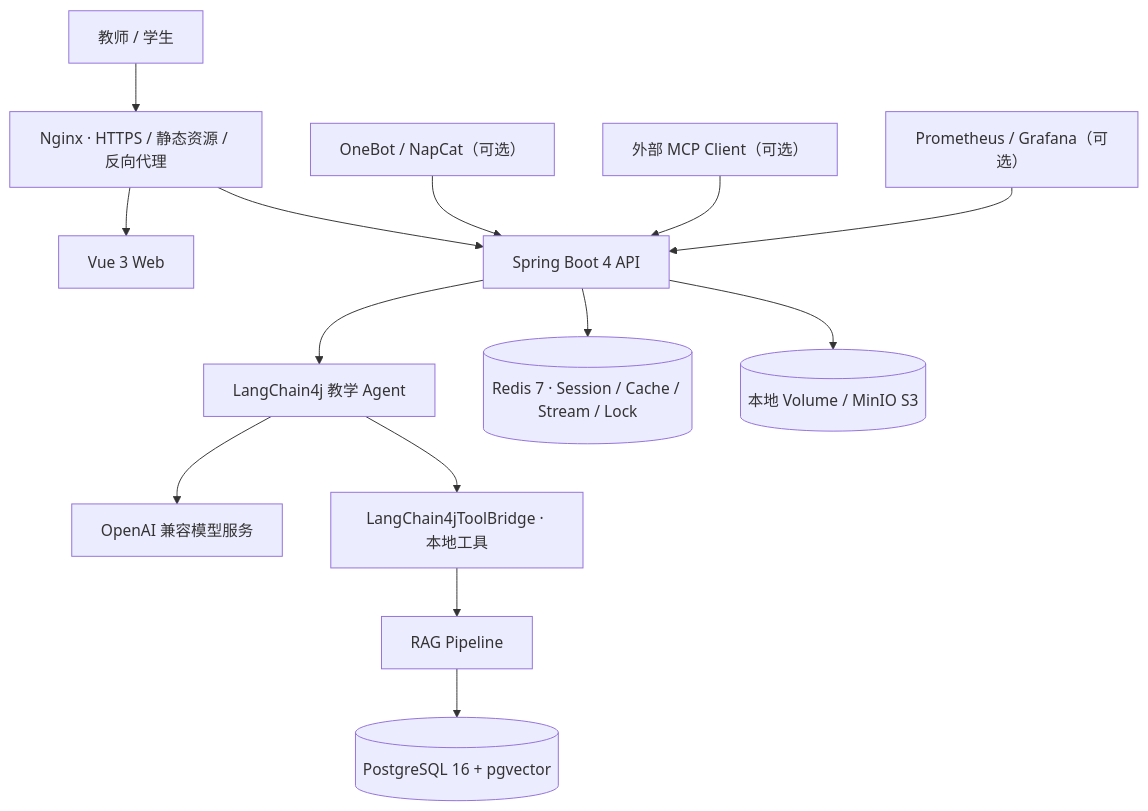
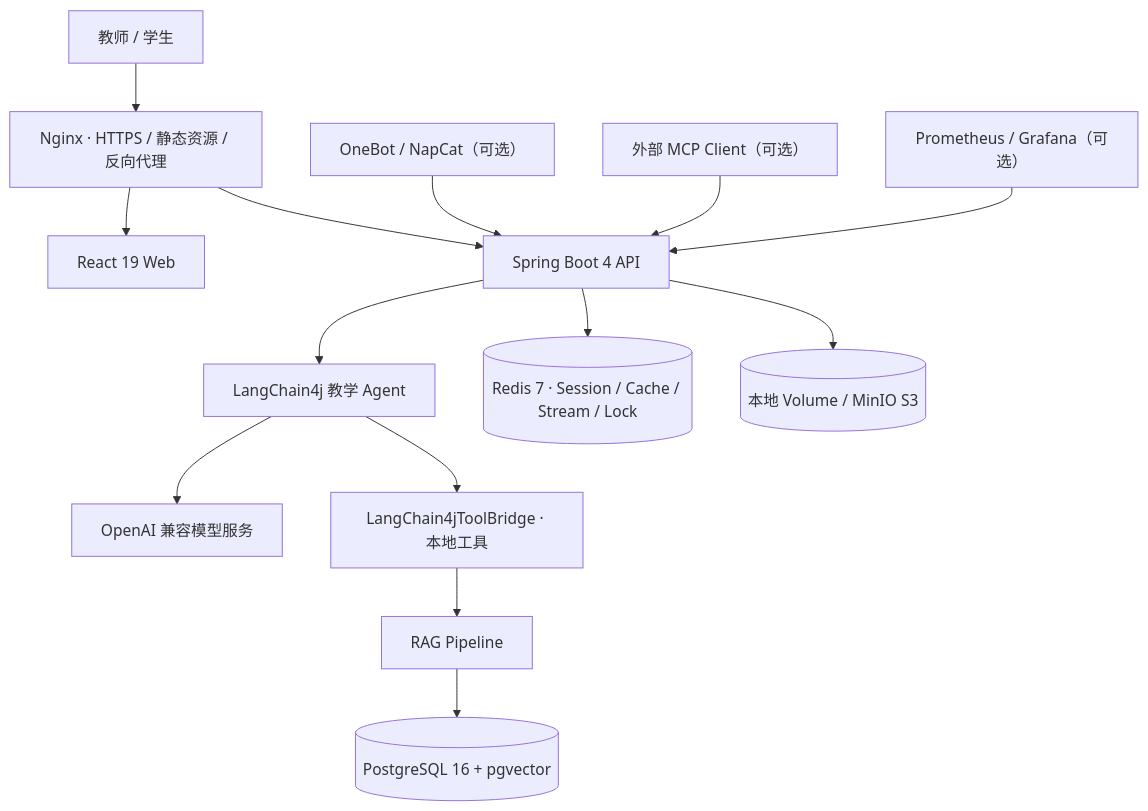
One commit to LKL-ZREO/EduMind changed the diagram in README.md. Above: the diagram before and after it, drawn with Mermaid. The commit also changed other lines of this file and 208 other files, not shown here.

````diff
--- a/README.md
+++ b/README.md
@@ -42,20 +42,20 @@
 ```mermaid
 flowchart TB
     users["教师 / 学生"] --> nginx["Nginx · HTTPS / 静态资源 / 反向代理"]
-    nginx --> web["Vue 3 Web"]
+    nginx --> web["React 19 Web"]
     nginx --> app["Spring Boot 4 API"]
 
     onebot["OneBot / NapCat（可选）"] --> app
     mcp["外部 MCP Client（可选）"] --> app
 
     app --> agent["LangChain4j 教学 Agent"]
     agent --> llm["OpenAI 兼容模型服务"]
     agent --> tools["LangChain4jToolBridge · 本地工具"]
     tools --> rag["RAG Pipeline"]
 
     rag --> pg[("PostgreSQL 16 + pgvector")]
     app --> redis[("Redis 7 · Session / Cache / Stream / Lock")]
     app --> storage[("本地 Volume / MinIO S3")]
 
     prometheus["Prometheus / Grafana（可选）"] --> app
 ```
````
